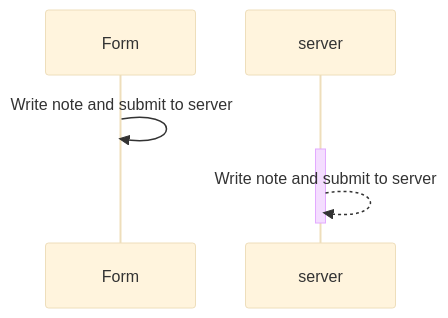
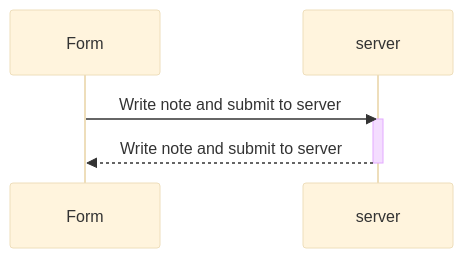
Before and after one commit to 11132731/Course-Full-Stack: the diagram in diagrama.md, drawn with Mermaid (base theme).

Commit message:
Fix sequence diagram message flow to server

````diff
--- a/diagrama.md
+++ b/diagrama.md
@@ -2,12 +2,12 @@
 ```mermaid
 sequenceDiagram
     participant Form
     participant server
 
-    Form->>Form: Write note and submit to server
+    Form->>server: Write note and submit to server
     activate server
-    server-->>server: Write note and submit to server
+    server-->>Form: Write note and submit to server
     deactivate server
 
 
 ```
````
